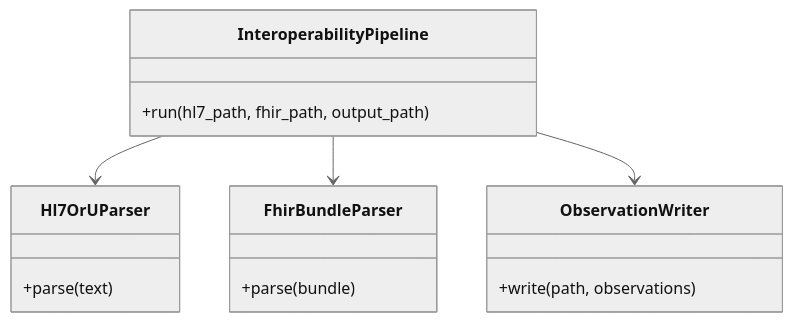
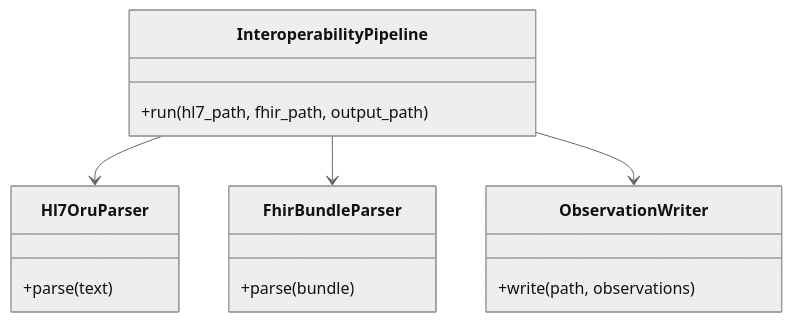
Before and after one commit to fatimablake57/fatima-projects: the seventh of 8 diagrams in docs/portfolio-architecture.md, drawn with Mermaid (neutral theme). The commit also changed other lines of this file and 13 other files, not shown here.

````diff
--- a/docs/portfolio-architecture.md
+++ b/docs/portfolio-architecture.md
@@ -93,18 +95,18 @@
 ```mermaid
 classDiagram
     class InteroperabilityPipeline {
         +run(hl7_path, fhir_path, output_path)
     }
-    class Hl7OrUParser {
+    class Hl7OruParser {
         +parse(text)
     }
     class FhirBundleParser {
         +parse(bundle)
     }
     class ObservationWriter {
         +write(path, observations)
     }
-    InteroperabilityPipeline --> Hl7OrUParser
+    InteroperabilityPipeline --> Hl7OruParser
     InteroperabilityPipeline --> FhirBundleParser
     InteroperabilityPipeline --> ObservationWriter
 ```
````
